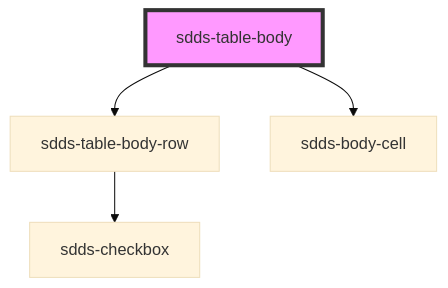
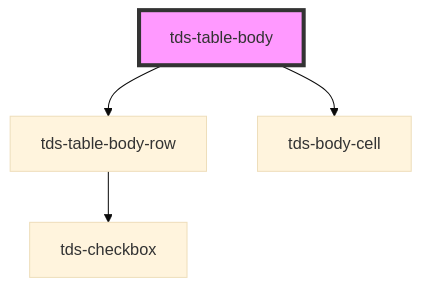
One commit to scania-digital-design-system/tegel changed the diagram in core/src/components/table/table-body/readme.md. Above: the diagram before and after it, drawn with Mermaid (base theme). The commit also changed other lines of this file and 41 other files, not shown here.

````diff
--- a/core/src/components/table/table-body/readme.md
+++ b/core/src/components/table/table-body/readme.md
@@ -24,7 +24,7 @@
 ```mermaid
 graph TD;
-  sdds-table-body --> sdds-table-body-row
-  sdds-table-body --> sdds-body-cell
-  sdds-table-body-row --> sdds-checkbox
-  style sdds-table-body fill:#f9f,stroke:#333,stroke-width:4px
+  tds-table-body --> tds-table-body-row
+  tds-table-body --> tds-body-cell
+  tds-table-body-row --> tds-checkbox
+  style tds-table-body fill:#f9f,stroke:#333,stroke-width:4px
 ```
````
